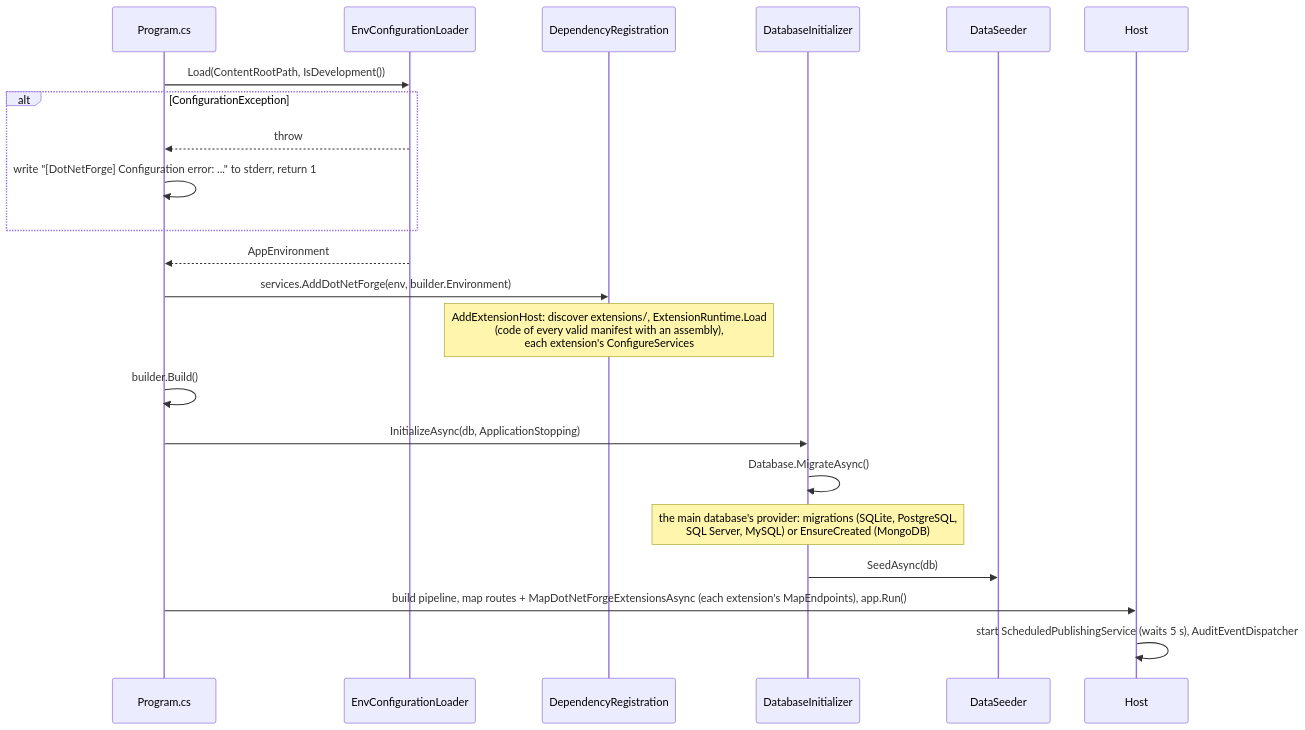
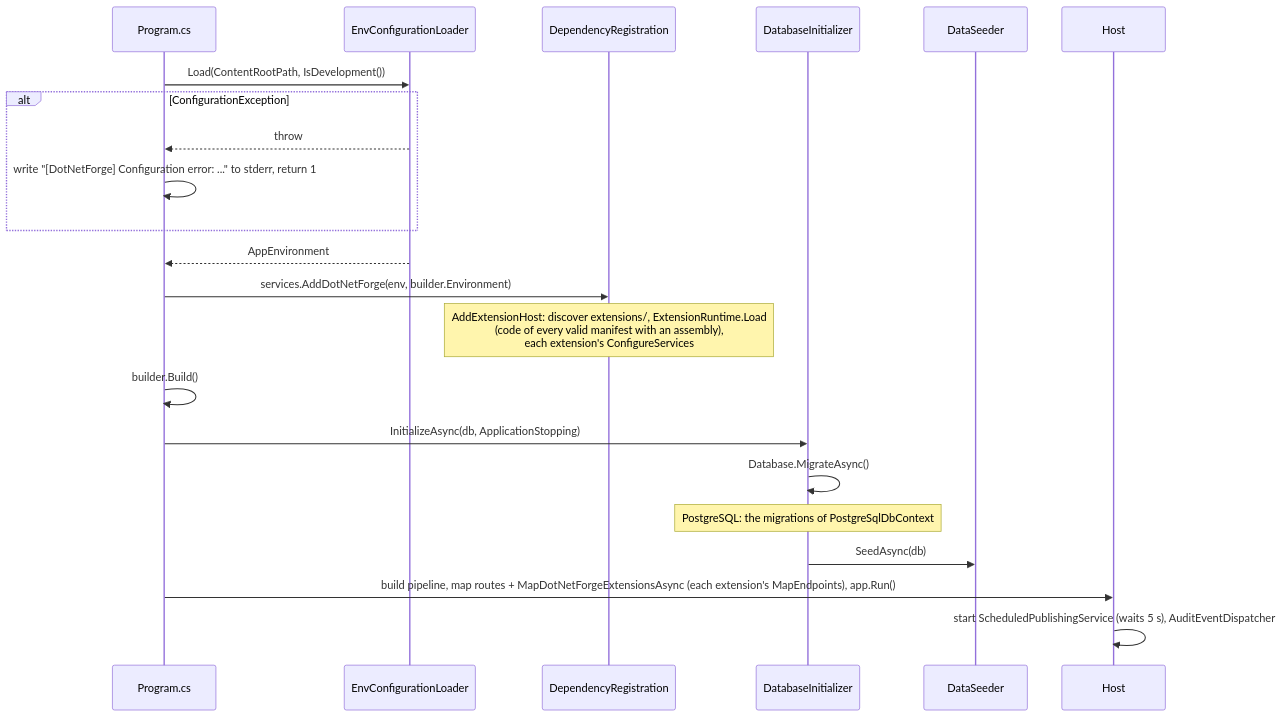
Before and after one commit to Albadit/DotNetForge: the first of 12 diagrams in .docs/architecture/data-flow.md, drawn with Mermaid. The commit also changed other lines of this file and 303 other files, not shown here.

````diff
--- a/.docs/architecture/data-flow.md
+++ b/.docs/architecture/data-flow.md
@@ -10,24 +10,24 @@
 ```mermaid
 sequenceDiagram
     participant P as Program.cs
     participant L as EnvConfigurationLoader
     participant DI as DependencyRegistration
     participant DBI as DatabaseInitializer
     participant S as DataSeeder
     participant H as Host
     P->>L: Load(ContentRootPath, IsDevelopment())
     alt ConfigurationException
         L-->>P: throw
         P->>P: write "[DotNetForge] Configuration error: ..." to stderr, return 1
     end
     L-->>P: AppEnvironment
     P->>DI: services.AddDotNetForge(env, builder.Environment)
     Note over DI: AddExtensionHost: discover extensions/, ExtensionRuntime.Load<br/>(code of every valid manifest with an assembly),<br/>each extension's ConfigureServices
     P->>P: builder.Build()
     P->>DBI: InitializeAsync(db, ApplicationStopping)
     DBI->>DBI: Database.MigrateAsync()
-    Note over DBI: the main database's provider: migrations (SQLite, PostgreSQL,<br/>SQL Server, MySQL) or EnsureCreated (MongoDB)
+    Note over DBI: PostgreSQL: the migrations of PostgreSqlDbContext
     DBI->>S: SeedAsync(db)
     P->>H: build pipeline, map routes + MapDotNetForgeExtensionsAsync (each extension's MapEndpoints), app.Run()
     H->>H: start ScheduledPublishingService (waits 5 s), AuditEventDispatcher
 ```
````
